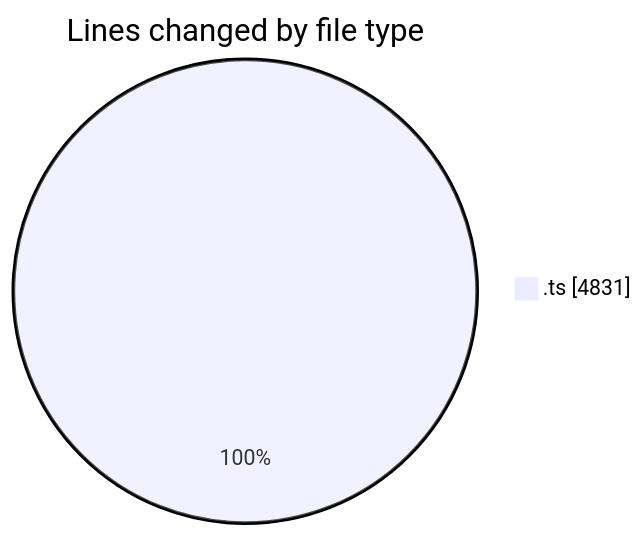
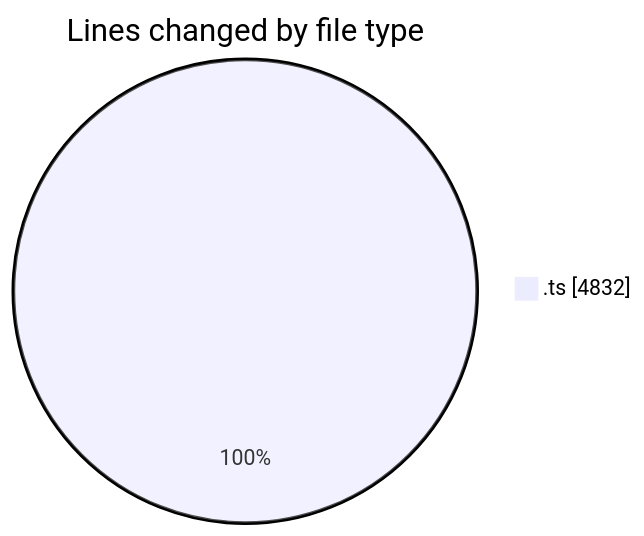
One commit to momahboobian/code-tracking changed the first of 2 diagrams in 2025-08-08/cda/README.md. Above: the diagram before and after it, drawn with Mermaid. The commit also changed other lines of this file and 1 other file, not shown here.

````diff
--- a/2025-08-08/cda/README.md
+++ b/2025-08-08/cda/README.md
@@ -27,5 +27,5 @@
 ```mermaid
 pie showData
 title Lines changed by file type
-".ts" : 4831
+".ts" : 4832
 ```
````
